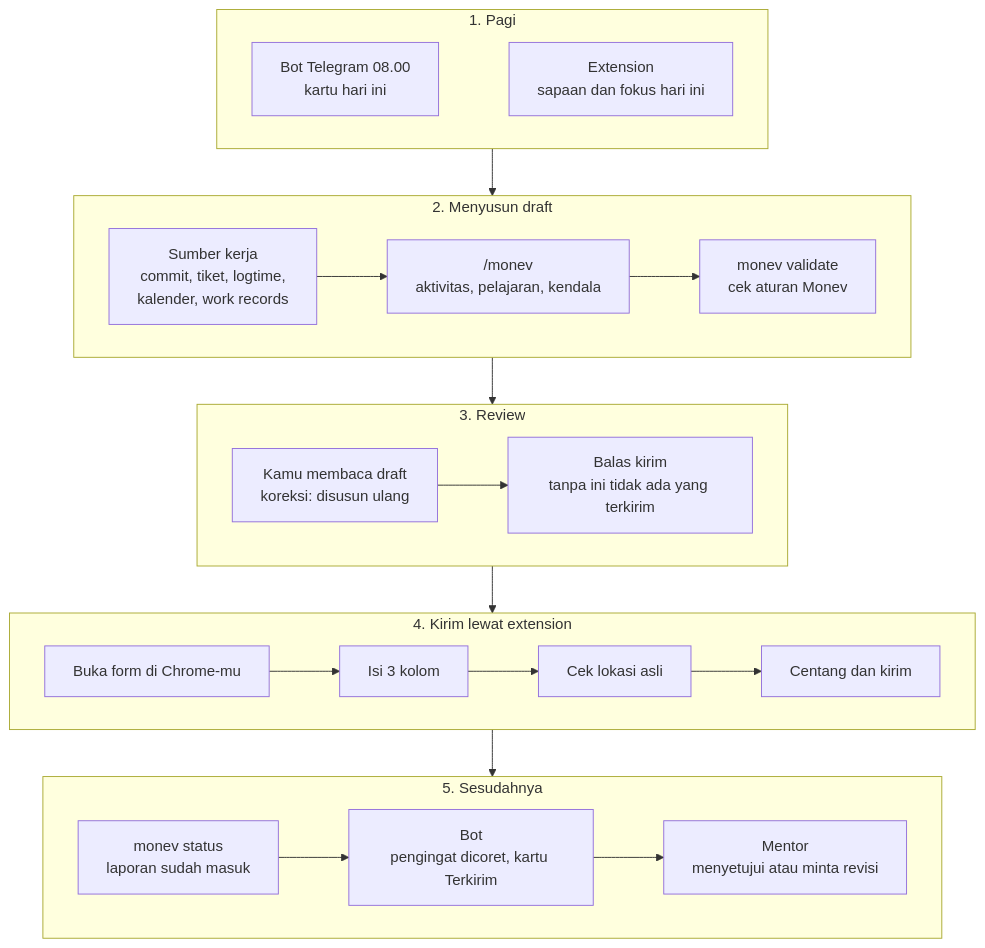
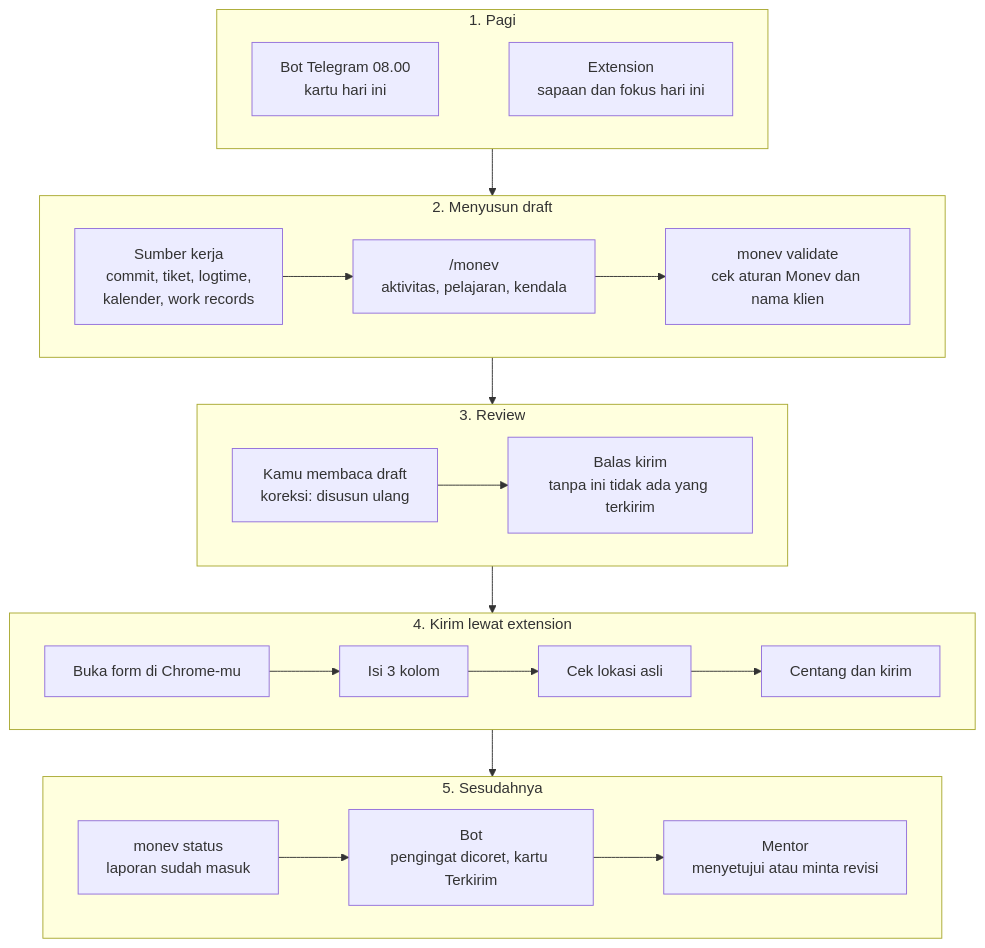
Before and after one commit to surya-devss/monev: the diagram in README.md, drawn with Mermaid. The commit also changed other lines of this file and 51 other files, not shown here.

````diff
--- a/README.md
+++ b/README.md
@@ -13,24 +13,24 @@
 ```mermaid
 flowchart TB
   subgraph PAGI["1. Pagi"]
     direction LR
     K["Bot Telegram 08.00<br/>kartu hari ini"] ~~~ N["Extension<br/>sapaan dan fokus hari ini"]
   end
   subgraph SUSUN["2. Menyusun draft"]
     direction LR
-    S["Sumber kerja<br/>commit, tiket, logtime,<br/>kalender, work records"] --> A["/monev<br/>aktivitas, pelajaran, kendala"] --> V["monev validate<br/>cek aturan Monev"]
+    S["Sumber kerja<br/>commit, tiket, logtime,<br/>kalender, work records"] --> A["/monev<br/>aktivitas, pelajaran, kendala"] --> V["monev validate<br/>cek aturan Monev dan nama klien"]
   end
   subgraph REVIEW["3. Review"]
     direction LR
     R["Kamu membaca draft<br/>koreksi: disusun ulang"] --> OK["Balas kirim<br/>tanpa ini tidak ada yang terkirim"]
   end
   subgraph KIRIM["4. Kirim lewat extension"]
     direction LR
     E1["Buka form di Chrome-mu"] --> E2["Isi 3 kolom"] --> E3["Cek lokasi asli"] --> E4["Centang dan kirim"]
   end
   subgraph SESUDAH["5. Sesudahnya"]
     direction LR
     C["monev status<br/>laporan sudah masuk"] --> B["Bot<br/>pengingat dicoret, kartu Terkirim"] --> M["Mentor<br/>menyetujui atau minta revisi"]
   end
   PAGI --> SUSUN --> REVIEW --> KIRIM --> SESUDAH
 ```
````
